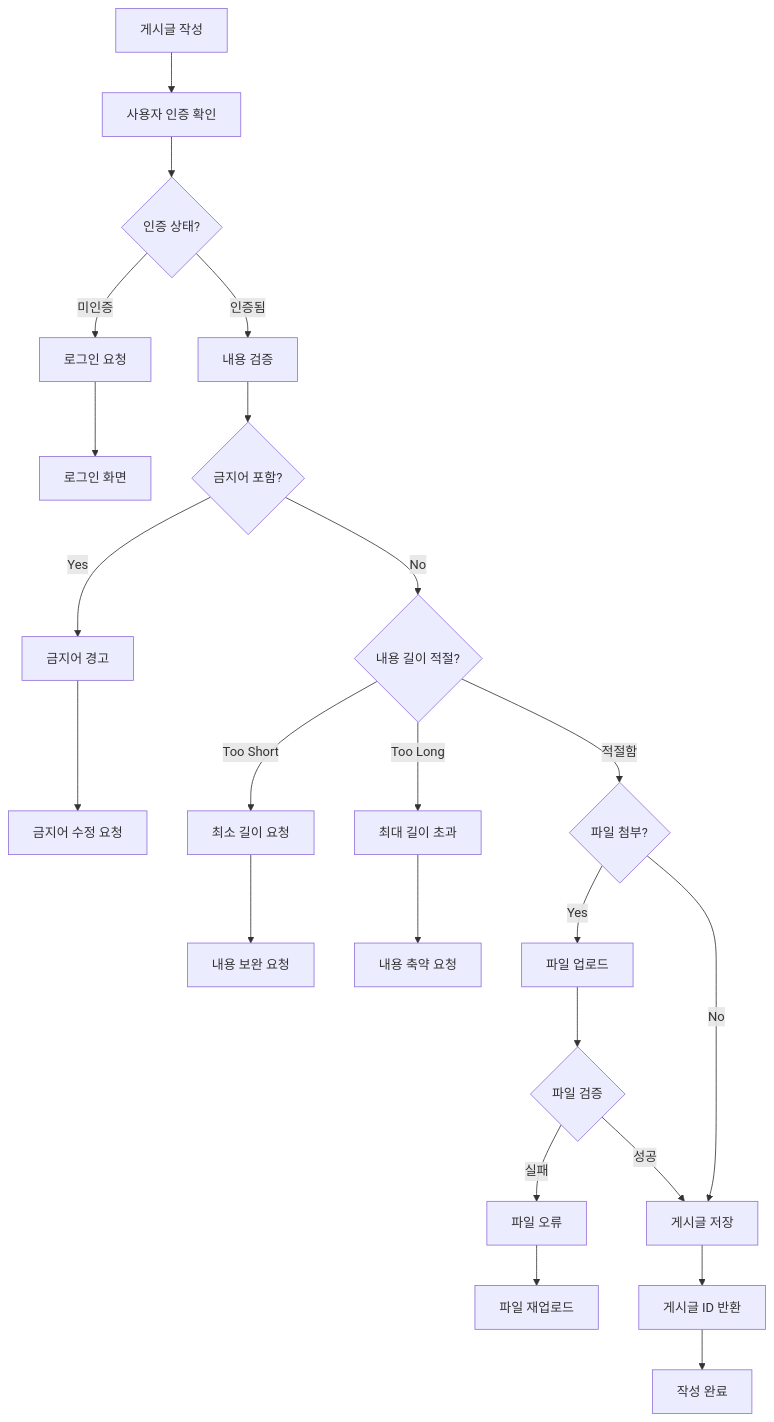
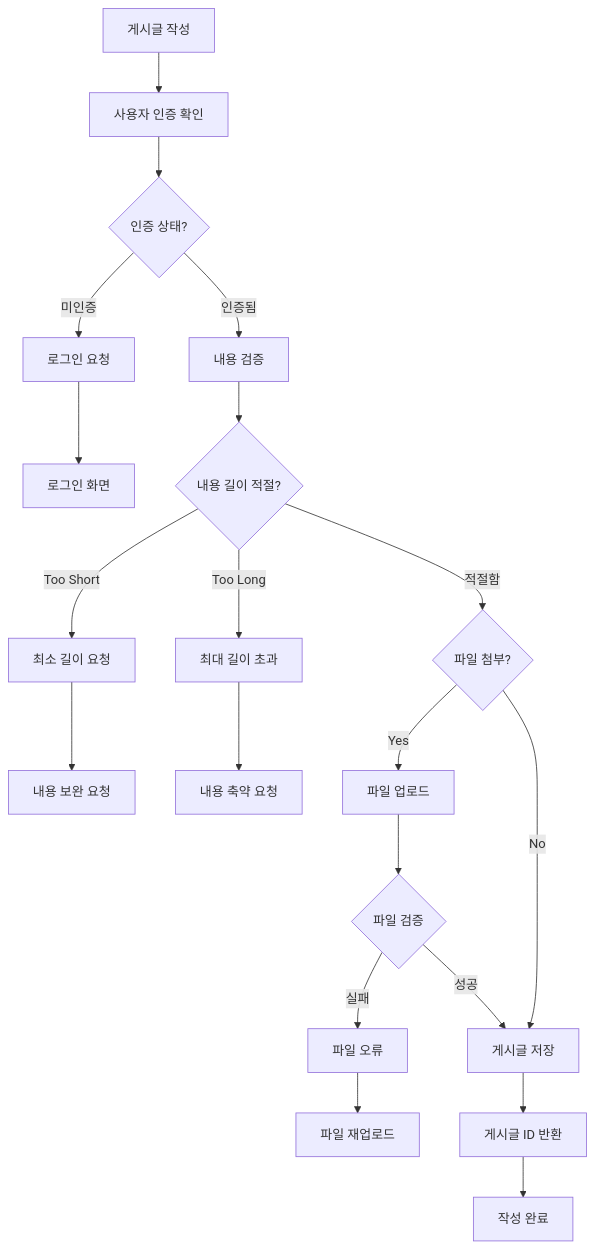
Before and after one commit to Central-MakeUs/CheatKey-Server: the fifth of 12 diagrams in docs/flows/business.md, drawn with Mermaid. The commit also changed other lines of this file and 6 other files, not shown here.

````diff
--- a/docs/flows/business.md
+++ b/docs/flows/business.md
@@ -146,31 +131,27 @@
 ```mermaid
 flowchart TD
     A[게시글 작성] --> B[사용자 인증 확인]
     B --> C{인증 상태?}
     C -->|미인증| D[로그인 요청]
     C -->|인증됨| E[내용 검증]
     
-    E --> F{금지어 포함?}
-    F -->|Yes| G[금지어 경고]
-    F -->|No| H{내용 길이 적절?}
+    E --> F{내용 길이 적절?}
+    F -->|Too Short| G[최소 길이 요청]
+    F -->|Too Long| H[최대 길이 초과]
+    F -->|적절함| I{파일 첨부?}
     
-    H -->|Too Short| I[최소 길이 요청]
-    H -->|Too Long| J[최대 길이 초과]
-    H -->|적절함| K{파일 첨부?}
+    I -->|Yes| J[파일 업로드]
+    I -->|No| K[게시글 저장]
     
-    K -->|Yes| L[파일 업로드]
-    K -->|No| M[게시글 저장]
+    J --> L{파일 검증}
+    L -->|실패| M[파일 오류]
+    L -->|성공| K
     
-    L --> N{파일 검증}
-    N -->|실패| O[파일 오류]
-    N -->|성공| M
+    K --> N[게시글 ID 반환]
+    N --> O[작성 완료]
     
-    M --> P[게시글 ID 반환]
-    P --> Q[작성 완료]
-    
-    D --> R[로그인 화면]
-    G --> S[금지어 수정 요청]
-    I --> T[내용 보완 요청]
-    J --> U[내용 축약 요청]
-    O --> V[파일 재업로드]
+    D --> P[로그인 화면]
+    G --> Q[내용 보완 요청]
+    H --> R[내용 축약 요청]
+    M --> S[파일 재업로드]
 ```
````
